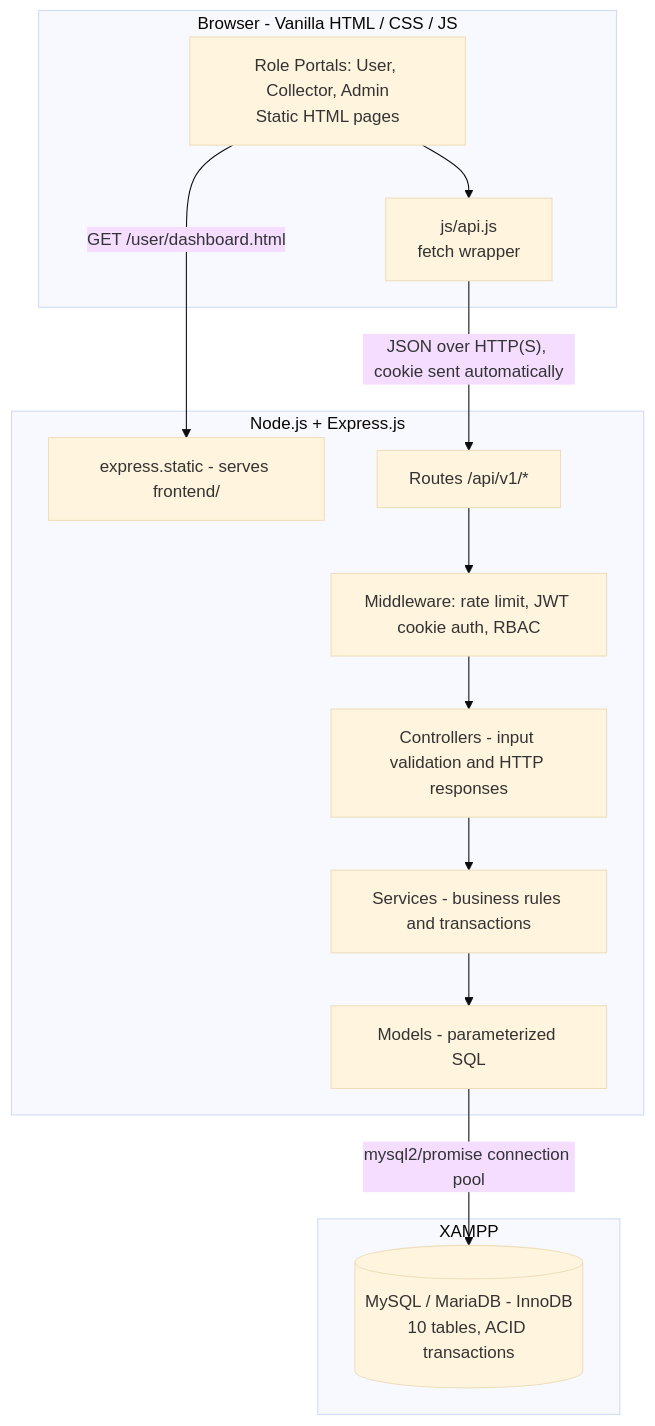
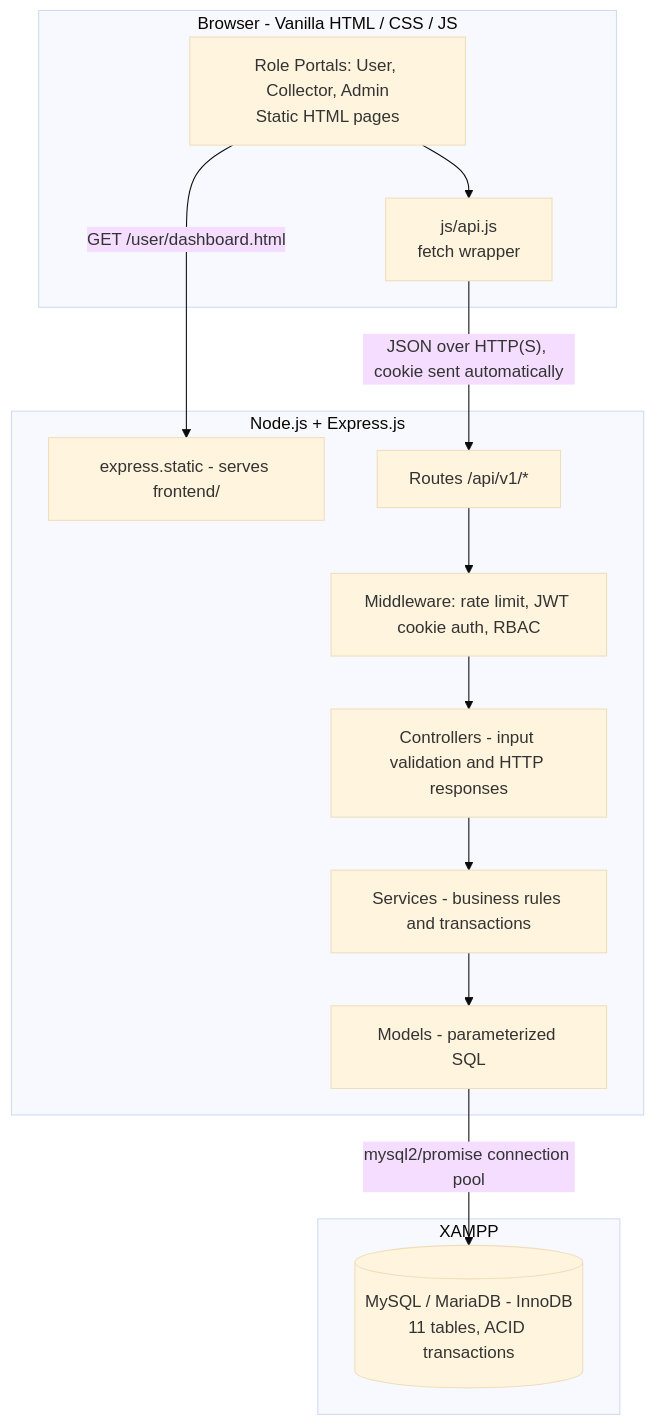
The first of 2 diagrams in architecture.md (elnMohiuddinMolla/Waste-Resource-Recycle), drawn with Mermaid (base theme) before and after one commit. The commit also changed other lines of this file and 38 other files, not shown here.

````diff
--- a/architecture.md
+++ b/architecture.md
@@ -18,26 +18,26 @@
 ```mermaid
 graph TD
     subgraph Presentation Tier [Browser - Vanilla HTML / CSS / JS]
         Pages[Role Portals: User, Collector, Admin<br/>Static HTML pages]
         ApiJs[js/api.js<br/>fetch wrapper]
         Pages --> ApiJs
     end
 
     subgraph Application Tier [Node.js + Express.js]
         Static[express.static - serves frontend/]
         Routes[Routes /api/v1/*]
         MW[Middleware: rate limit, JWT cookie auth, RBAC]
         Controllers[Controllers - input validation and HTTP responses]
         Services[Services - business rules and transactions]
         Models[Models - parameterized SQL]
         Routes --> MW --> Controllers --> Services --> Models
     end
 
     subgraph Data Tier [XAMPP]
-        DB[(MySQL / MariaDB - InnoDB<br/>10 tables, ACID transactions)]
+        DB[(MySQL / MariaDB - InnoDB<br/>11 tables, ACID transactions)]
     end
 
     Pages -- "GET /user/dashboard.html" --> Static
     ApiJs -- "JSON over HTTP(S), cookie sent automatically" --> Routes
     Models -- "mysql2/promise connection pool" --> DB
 ```
````
